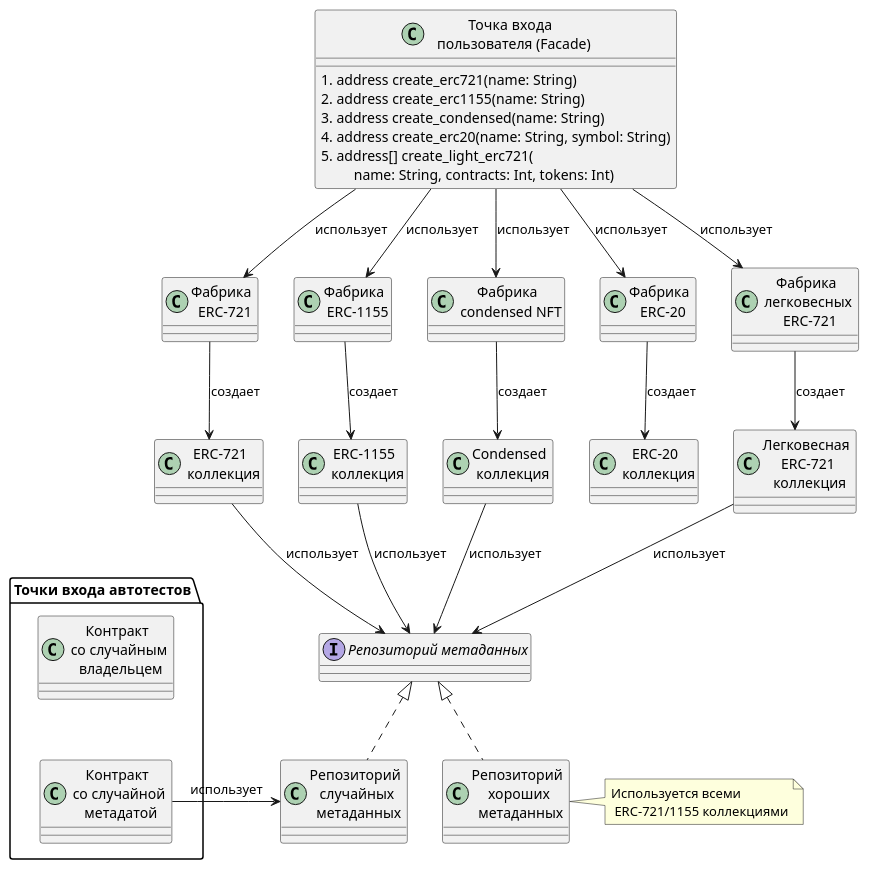
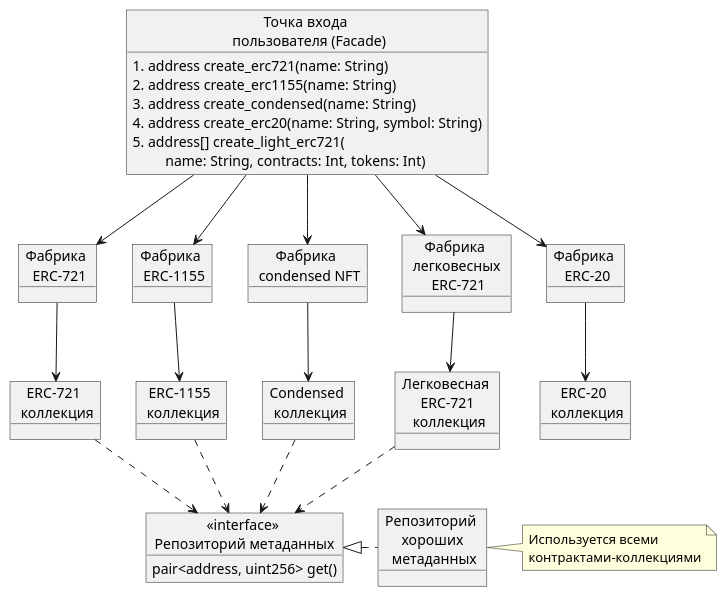
Before and after one commit to 1frag/nft-factory-v1: the diagram in diagrams/interaction.puml, drawn with PlantUML. The commit also changed 3 other files, not shown here.

Commit message:
Add diagrams

```diff
--- a/diagrams/interaction.puml
+++ b/diagrams/interaction.puml
@@ -1,58 +1,49 @@
 @startuml
 
-class "Точка входа \n пользователя (Facade)" as facade {
+object "Точка входа \n пользователя (Facade)" as facade {
     1. address create_erc721(name: String)
     2. address create_erc1155(name: String)
     3. address create_condensed(name: String)
     4. address create_erc20(name: String, symbol: String)
     5. address[] create_light_erc721(\n\t name: String, contracts: Int, tokens: Int)
 }
 
-class "Фабрика \n ERC-721" as factory721
-class "Фабрика \n ERC-1155" as factory1155
-class "Фабрика \n condensed NFT" as factory_condensed
-class "Фабрика \n ERC-20" as factory20
-class "Фабрика \n легковесных \n ERC-721" as factory_light_721
+object "Фабрика \n ERC-721" as factory721
+object "Фабрика \n ERC-1155" as factory1155
+object "Фабрика \n condensed NFT" as factory_condensed
+object "Фабрика \n легковесных \n ERC-721" as factory_light_721
+object "Фабрика \n ERC-20" as factory20
 
-class "ERC-721 \n коллекция" as erc721
-class "ERC-1155 \n коллекция" as erc1155
-class "Condensed \n коллекция" as condensed
-class "ERC-20 \n коллекция" as erc20
-class "Легковесная \n ERC-721 \n коллекция" as light_erc721
+object "ERC-721 \n коллекция" as erc721
+object "ERC-1155 \n коллекция" as erc1155
+object "Condensed \n коллекция" as condensed
+object "ERC-20 \n коллекция" as erc20
+object "Легковесная \n ERC-721 \n коллекция" as light_erc721
 
-interface "Репозиторий метаданных" as repo_metadata
-class "Репозиторий \n хороших \n метаданных" as grm
-class "Репозиторий \n случайных \n метаданных" as rrm
+object "«interface» \nРепозиторий метаданных" as repo_metadata {
+    pair<address, uint256> get()
+}
+object "Репозиторий \n хороших \n метаданных" as grm
 
-repo_metadata <|.. grm
-repo_metadata <|.. rrm
+grm .l.|> repo_metadata
 
-package "Точки входа автотестов" as aqa_entry {
-    class "Контракт \n со случайным \n владельцем" as random_contract_owner
-    class "Контракт \n со случайной \n метадатой" as random_token_metadata
-}
+facade -d-> factory721
+facade -d-> factory1155
+facade -d-> factory_condensed
+facade -d-> factory20
+facade -d-> factory_light_721
 
-facade -d-> factory721: использует
-facade -d-> factory1155: использует
-facade -d-> factory_condensed: использует
-facade -d-> factory20: использует
-facade -d-> factory_light_721: использует
+factory721 -d-> erc721
+factory1155 -d-> erc1155
+factory_condensed -d-> condensed
+factory20 -d-> erc20
+factory_light_721 -d-> light_erc721
 
-factory721 -d-> erc721: создает
-factory1155 -d-> erc1155: создает
-factory_condensed -d-> condensed: создает
-factory20 -d-> erc20: создает
-factory_light_721 -d-> light_erc721: создает
+erc721 .d-> repo_metadata
+erc1155 .d-> repo_metadata
+condensed .d-> repo_metadata
+light_erc721 .d-> repo_metadata
 
-erc721 -d-> repo_metadata: использует
-erc1155 -d-> repo_metadata: использует
-condensed -d-> repo_metadata: использует
-light_erc721 -d-> repo_metadata: использует
-
-random_token_metadata -> rrm: использует
-
-random_contract_owner -[hidden]d-> random_token_metadata
-
-note right of grm: Используется всеми \n ERC-721/1155 коллекциями
+note right of grm: Используется всеми \nконтрактами-коллекциями
 
 @enduml
```
